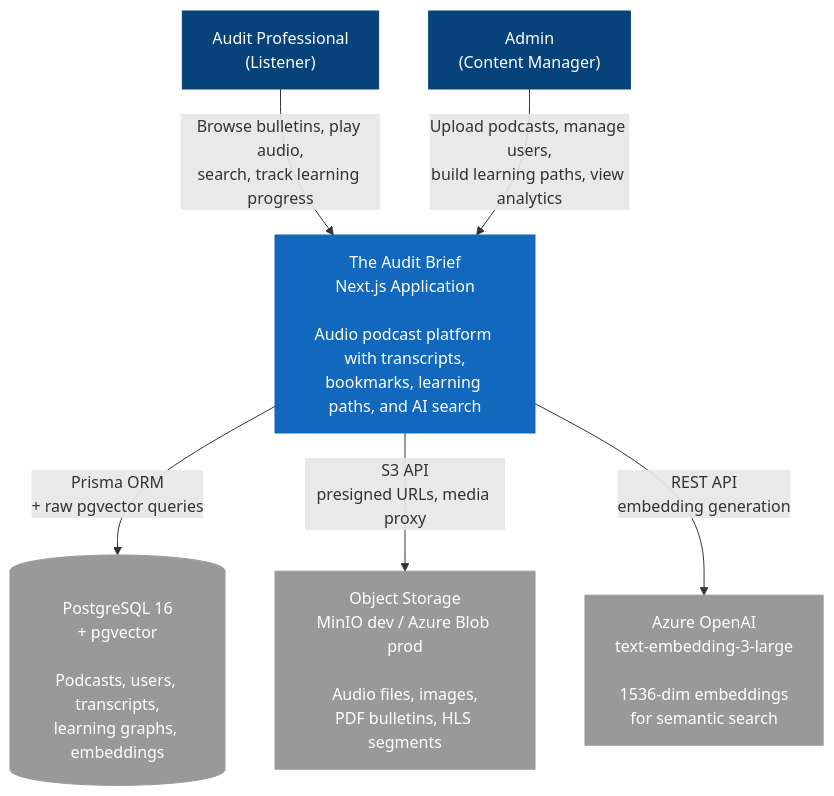
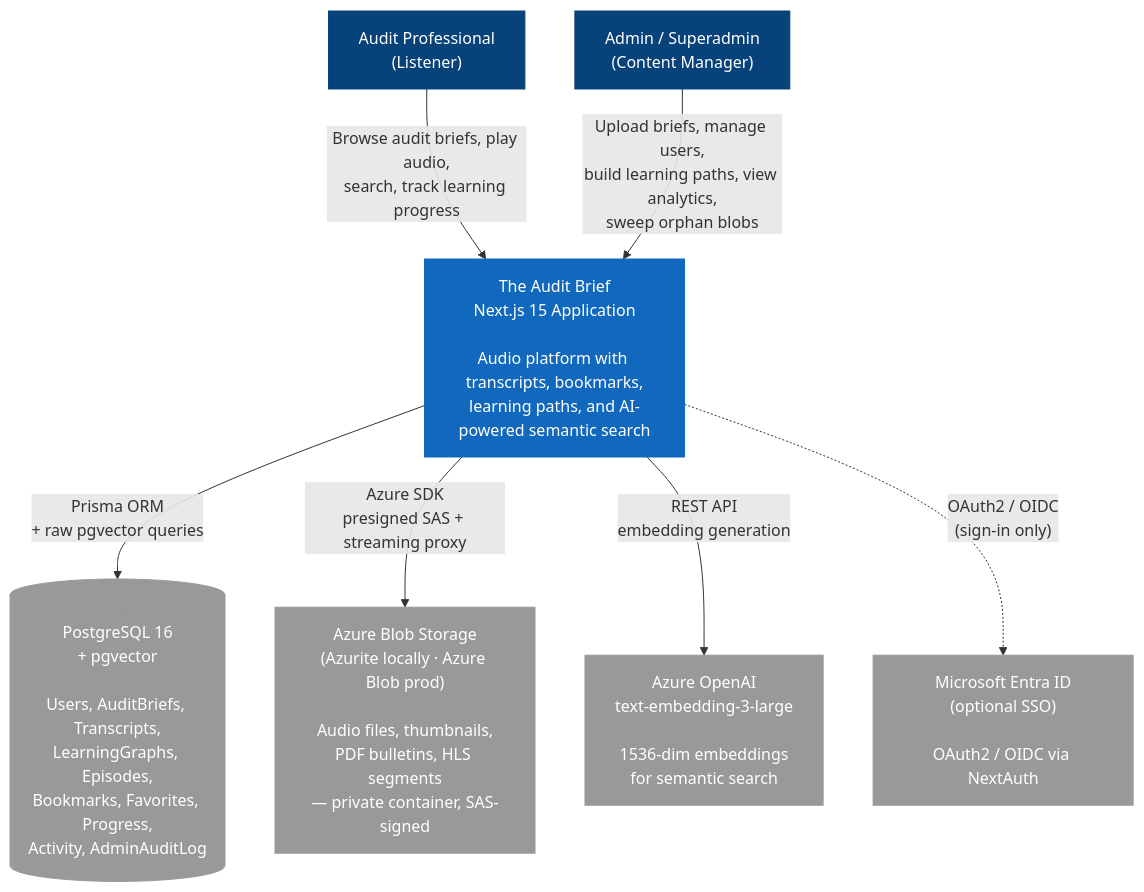
One commit to RoshanJ20/podcasthub changed the diagram in docs/architecture/1-system-context.mmd. Above: the diagram before and after it, drawn with Mermaid. The commit also changed 51 other files, not shown here.

First line of the commit message:
docs: refresh top-level docs, CLAUDE/AGENTS rules, architecture diagrams, and changelog

```diff
--- a/docs/architecture/1-system-context.mmd
+++ b/docs/architecture/1-system-context.mmd
@@ -1,24 +1,26 @@
 graph TB
     User["Audit Professional\n(Listener)"]
-    Admin["Admin\n(Content Manager)"]
+    Admin["Admin / Superadmin\n(Content Manager)"]
 
-    System["The Audit Brief\nNext.js Application\n\nAudio podcast platform with transcripts,\nbookmarks, learning paths, and AI search"]
+    System["The Audit Brief\nNext.js 15 Application\n\nAudio platform with transcripts, bookmarks,\nlearning paths, and AI-powered semantic search"]
 
-    PG[("PostgreSQL 16\n+ pgvector\n\nPodcasts, users, transcripts,\nlearning graphs, embeddings")]
-    S3["Object Storage\nMinIO dev / Azure Blob prod\n\nAudio files, images,\nPDF bulletins, HLS segments"]
+    PG[("PostgreSQL 16\n+ pgvector\n\nUsers, AuditBriefs, Transcripts,\nLearningGraphs, Episodes,\nBookmarks, Favorites, Progress,\nActivity, AdminAuditLog")]
+    Blob["Azure Blob Storage\n(Azurite locally · Azure Blob prod)\n\nAudio files, thumbnails,\nPDF bulletins, HLS segments\n— private container, SAS-signed"]
     OpenAI["Azure OpenAI\ntext-embedding-3-large\n\n1536-dim embeddings\nfor semantic search"]
+    EntraID["Microsoft Entra ID\n(optional SSO)\n\nOAuth2 / OIDC via NextAuth"]
 
-    User -->|"Browse bulletins, play audio,\nsearch, track learning progress"| System
-    Admin -->|"Upload podcasts, manage users,\nbuild learning paths, view analytics"| System
+    User -->|"Browse audit briefs, play audio,\nsearch, track learning progress"| System
+    Admin -->|"Upload briefs, manage users,\nbuild learning paths, view analytics,\nsweep orphan blobs"| System
 
     System -->|"Prisma ORM\n+ raw pgvector queries"| PG
-    System -->|"S3 API\npresigned URLs, media proxy"| S3
+    System -->|"Azure SDK\npresigned SAS + streaming proxy"| Blob
     System -->|"REST API\nembedding generation"| OpenAI
+    System -.->|"OAuth2 / OIDC\n(sign-in only)"| EntraID
 
     classDef person fill:#08427b,color:#fff,stroke:#08427b
     classDef system fill:#1168bd,color:#fff,stroke:#1168bd
     classDef external fill:#999,color:#fff,stroke:#999
 
     class User,Admin person
     class System system
-    class PG,S3,OpenAI external
+    class PG,Blob,OpenAI,EntraID external
```
